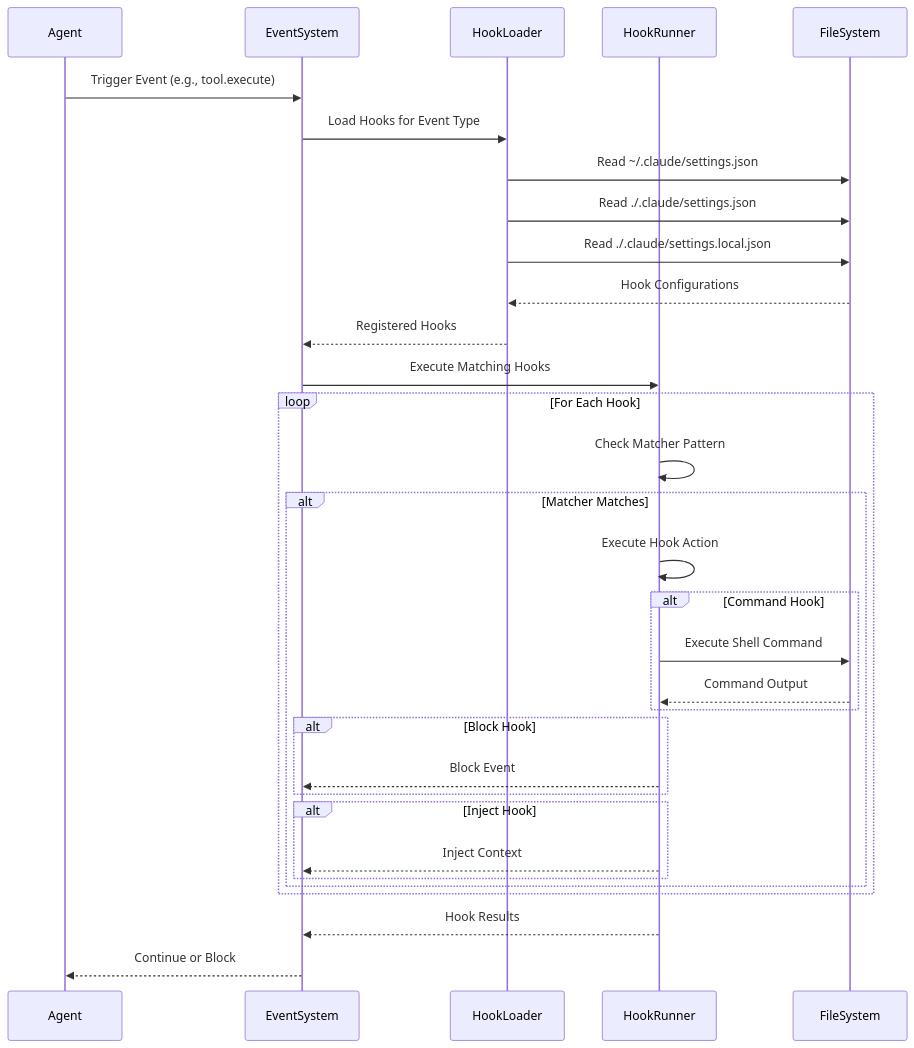
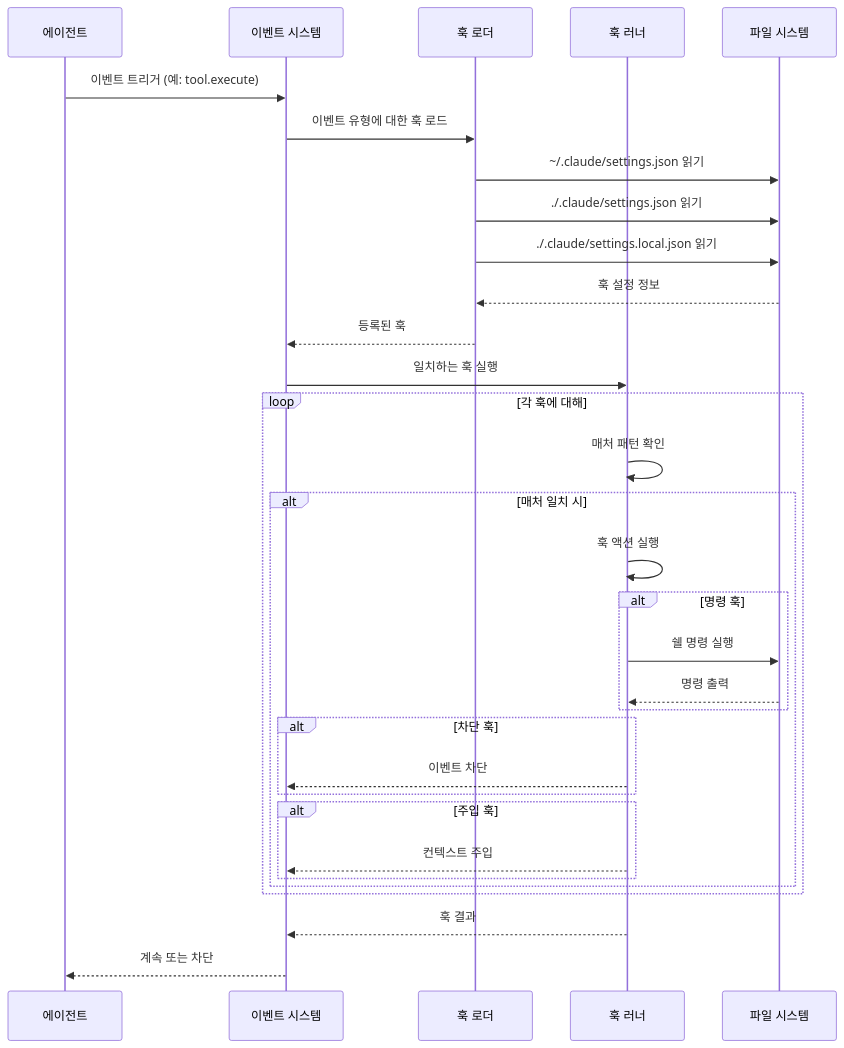
One commit to felipetruman/oh-my-opencode-docs changed the eighth of 11 diagrams in docs/compatibility/claude-code-compatibility.md. Above: the diagram before and after it, drawn with Mermaid. The commit also changed other lines of this file and 76 other files, not shown here.

````diff
--- a/docs/compatibility/claude-code-compatibility.md
+++ b/docs/compatibility/claude-code-compatibility.md
@@ -514,35 +514,35 @@
 ```mermaid
 sequenceDiagram
-  participant p1 as Agent
-  participant p2 as EventSystem
-  participant p3 as HookLoader
-  participant p4 as HookRunner
-  participant p5 as FileSystem
+  participant p1 as 에이전트
+  participant p2 as 이벤트 시스템
+  participant p3 as 훅 로더
+  participant p4 as 훅 러너
+  participant p5 as 파일 시스템
 
-  p1->>p2: Trigger Event (e.g., tool.execute)
-  p2->>p3: Load Hooks for Event Type
-  p3->>p5: Read ~/.claude/settings.json
-  p3->>p5: Read ./.claude/settings.json
-  p3->>p5: Read ./.claude/settings.local.json
-  p5-->>p3: Hook Configurations
-  p3-->>p2: Registered Hooks
-  p2->>p4: Execute Matching Hooks
-  loop For Each Hook
-    p4->>p4: Check Matcher Pattern
-  alt Matcher Matches
-    p4->>p4: Execute Hook Action
-  alt Command Hook
-    p4->>p5: Execute Shell Command
-    p5-->>p4: Command Output
+  p1->>p2: 이벤트 트리거 (예: tool.execute)
+  p2->>p3: 이벤트 유형에 대한 훅 로드
+  p3->>p5: ~/.claude/settings.json 읽기
+  p3->>p5: ./.claude/settings.json 읽기
+  p3->>p5: ./.claude/settings.local.json 읽기
+  p5-->>p3: 훅 설정 정보
+  p3-->>p2: 등록된 훅
+  p2->>p4: 일치하는 훅 실행
+  loop 각 훅에 대해
+    p4->>p4: 매처 패턴 확인
+  alt 매처 일치 시
+    p4->>p4: 훅 액션 실행
+  alt 명령 훅
+    p4->>p5: 쉘 명령 실행
+    p5-->>p4: 명령 출력
   end
-  alt Block Hook
-    p4-->>p2: Block Event
+  alt 차단 훅
+    p4-->>p2: 이벤트 차단
   end
-  alt Inject Hook
-    p4-->>p2: Inject Context
+  alt 주입 훅
+    p4-->>p2: 컨텍스트 주입
   end
   end
   end
-  p4-->>p2: Hook Results
-  p2-->>p1: Continue or Block
+  p4-->>p2: 훅 결과
+  p2-->>p1: 계속 또는 차단
 ```
````
